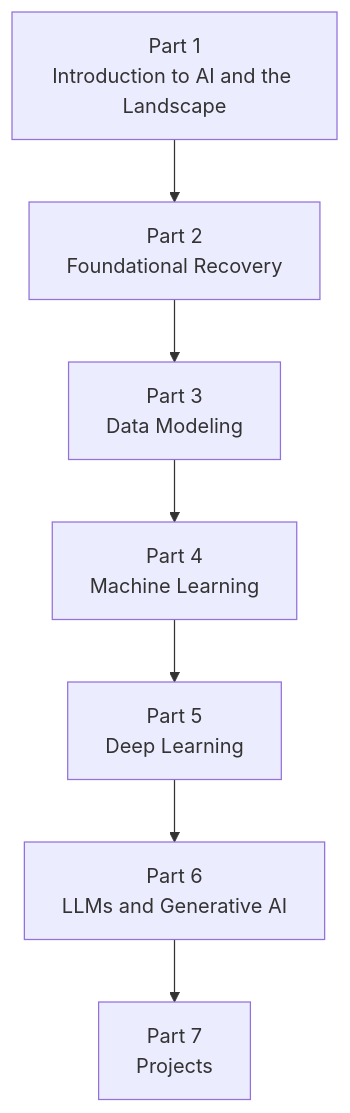
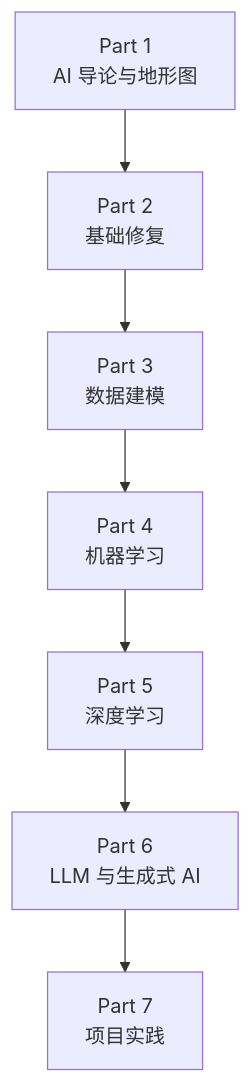
Before and after one commit to devchan64/AiBook: the diagram in docs/index.zh.md, drawn with Mermaid. The commit also changed other lines of this file and 19 other files, not shown here.

````diff
--- a/docs/index.zh.md
+++ b/docs/index.zh.md
@@ -61,9 +55,9 @@
 ```mermaid
 flowchart TD
-    A["Part 1<br/>Introduction to AI and the Landscape"] --> B["Part 2<br/>Foundational Recovery"]
-    B --> C["Part 3<br/>Data Modeling"]
-    C --> D["Part 4<br/>Machine Learning"]
-    D --> E["Part 5<br/>Deep Learning"]
-    E --> F["Part 6<br/>LLMs and Generative AI"]
-    F --> G["Part 7<br/>Projects"]
+    A["Part 1<br/>AI 导论与地形图"] --> B["Part 2<br/>基础修复"]
+    B --> C["Part 3<br/>数据建模"]
+    C --> D["Part 4<br/>机器学习"]
+    D --> E["Part 5<br/>深度学习"]
+    E --> F["Part 6<br/>LLM 与生成式 AI"]
+    F --> G["Part 7<br/>项目实践"]
 ```
````
